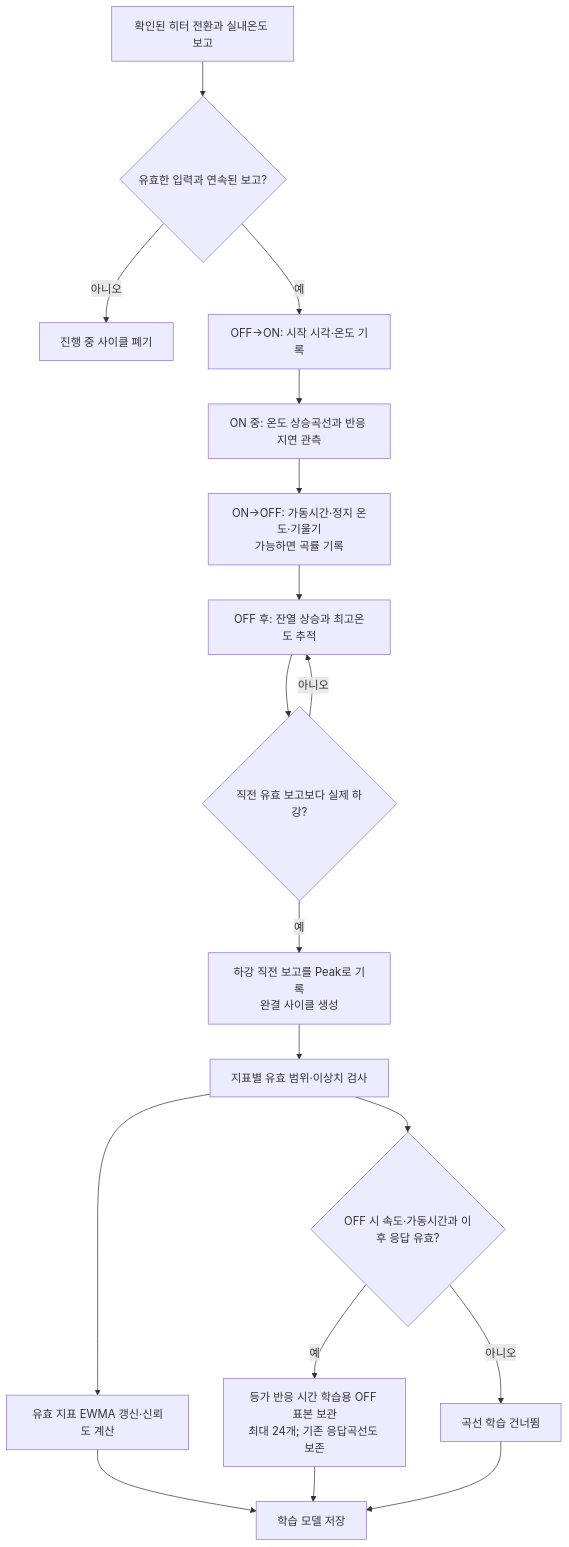
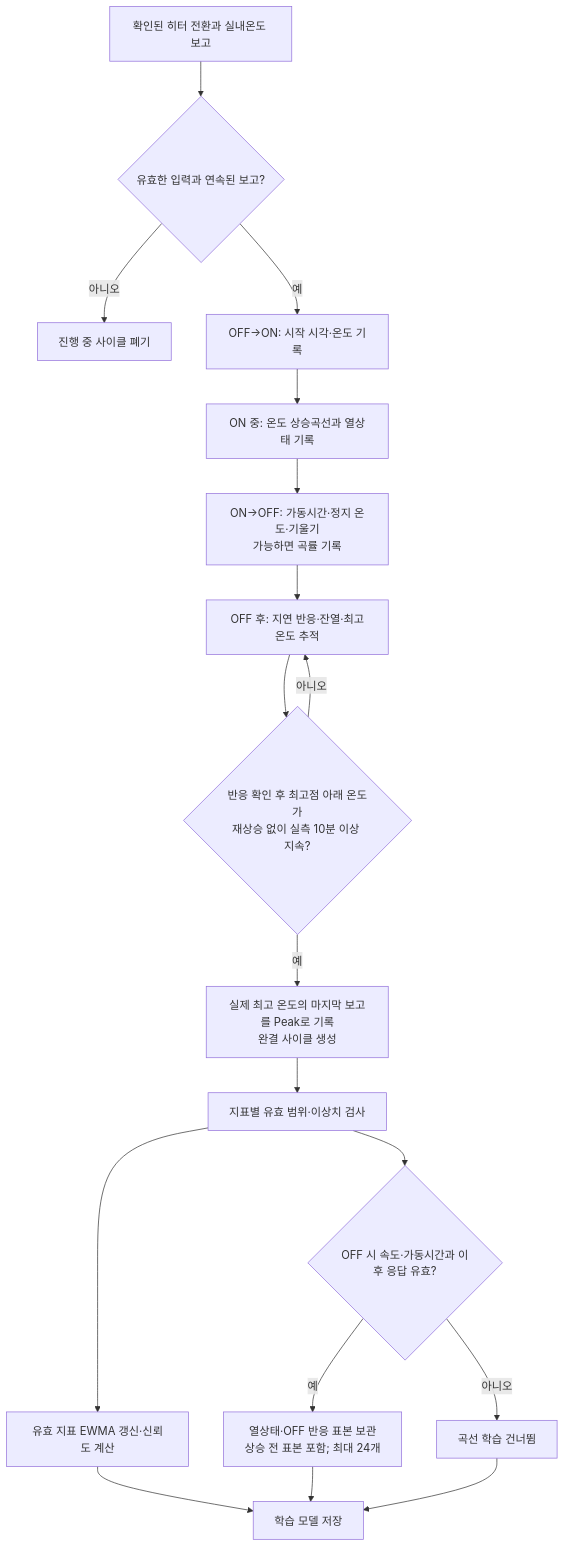
Before and after one commit to plplaaa2/adapted_climate: the first of 2 diagrams in docs/heating_learning_and_auto_control.md, drawn with Mermaid. The commit also changed other lines of this file and 19 other files, not shown here.

````diff
--- a/docs/heating_learning_and_auto_control.md
+++ b/docs/heating_learning_and_auto_control.md
@@ -10,20 +10,20 @@
 ```mermaid
 flowchart TD
     A["확인된 히터 전환과 실내온도 보고"] --> B{"유효한 입력과 연속된 보고?"}
     B -- "아니오" --> X["진행 중 사이클 폐기"]
     B -- "예" --> C["OFF→ON: 시작 시각·온도 기록"]
-    C --> D["ON 중: 온도 상승곡선과 반응 지연 관측"]
+    C --> D["ON 중: 온도 상승곡선과 열상태 기록"]
     D --> E["ON→OFF: 가동시간·정지 온도·기울기<br/>가능하면 곡률 기록"]
-    E --> F["OFF 후: 잔열 상승과 최고온도 추적"]
-    F --> G{"직전 유효 보고보다 실제 하강?"}
+    E --> F["OFF 후: 지연 반응·잔열·최고온도 추적"]
+    F --> G{"반응 확인 후 최고점 아래 온도가<br/>재상승 없이 실측 10분 이상 지속?"}
     G -- "아니오" --> F
-    G -- "예" --> H["하강 직전 보고를 Peak로 기록<br/>완결 사이클 생성"]
+    G -- "예" --> H["실제 최고 온도의 마지막 보고를 Peak로 기록<br/>완결 사이클 생성"]
     H --> I["지표별 유효 범위·이상치 검사"]
     I --> J["유효 지표 EWMA 갱신·신뢰도 계산"]
     I --> K{"OFF 시 속도·가동시간과 이후 응답 유효?"}
-    K -- "예" --> L["등가 반응 시간 학습용 OFF 표본 보관<br/>최대 24개; 기존 응답곡선도 보존"]
+    K -- "예" --> L["열상태·OFF 반응 표본 보관<br/>상승 전 표본 포함; 최대 24개"]
     K -- "아니오" --> M["곡선 학습 건너뜀"]
     J --> N["학습 모델 저장"]
     L --> N
     M --> N
 ```
````
